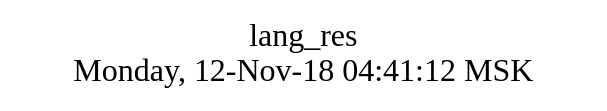
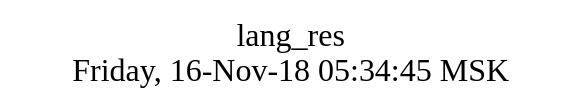
One commit to AlexZeDim/apps changed the diagram in src/lang_res/struct.dot. Above: the diagram before and after it, drawn with Graphviz. The commit also changed 174 other files, not shown here.

```diff
--- a/src/lang_res/struct.dot
+++ b/src/lang_res/struct.dot
@@ -1,10 +1,10 @@
 digraph G {
 graph [
   fontsize="24";
-  label="lang_res\nMonday, 12-Nov-18 04:41:12 MSK";
+  label="lang_res\nFriday, 16-Nov-18 05:34:45 MSK";
   nojustify=true;
   ordering=out;
   rankdir=LR;
   size="30";
 ];
 }
```
